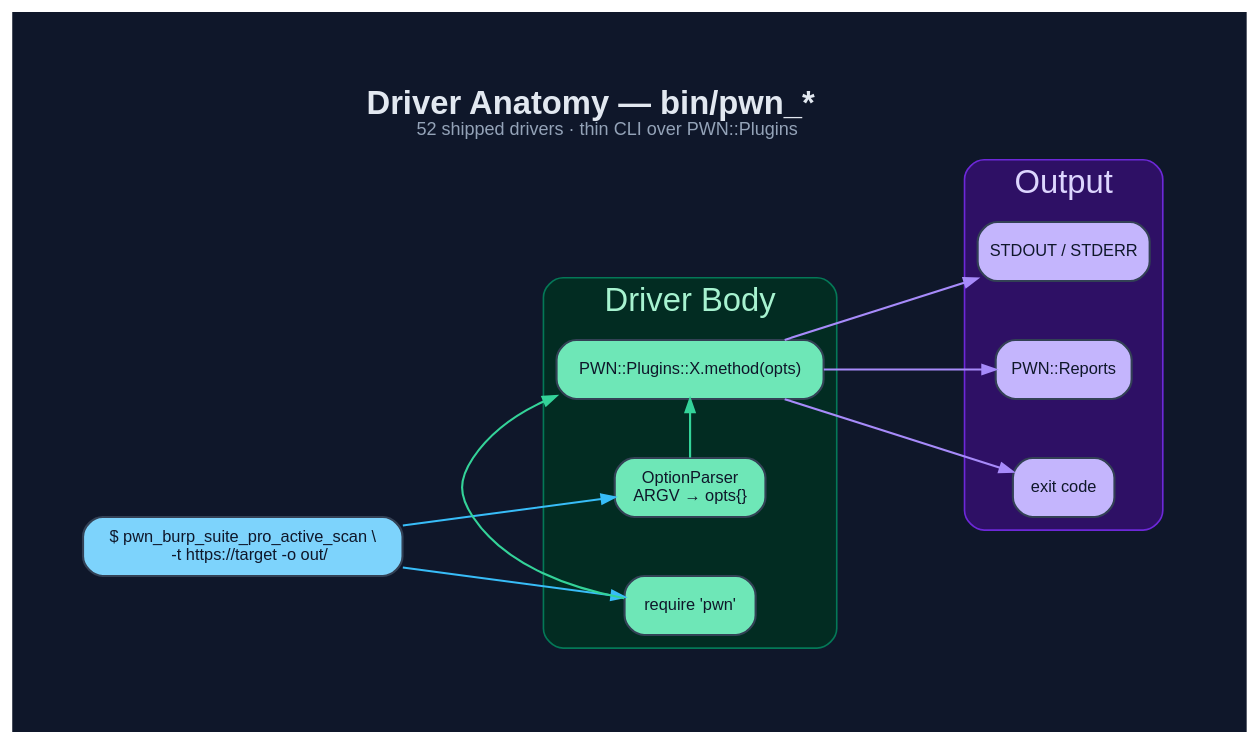
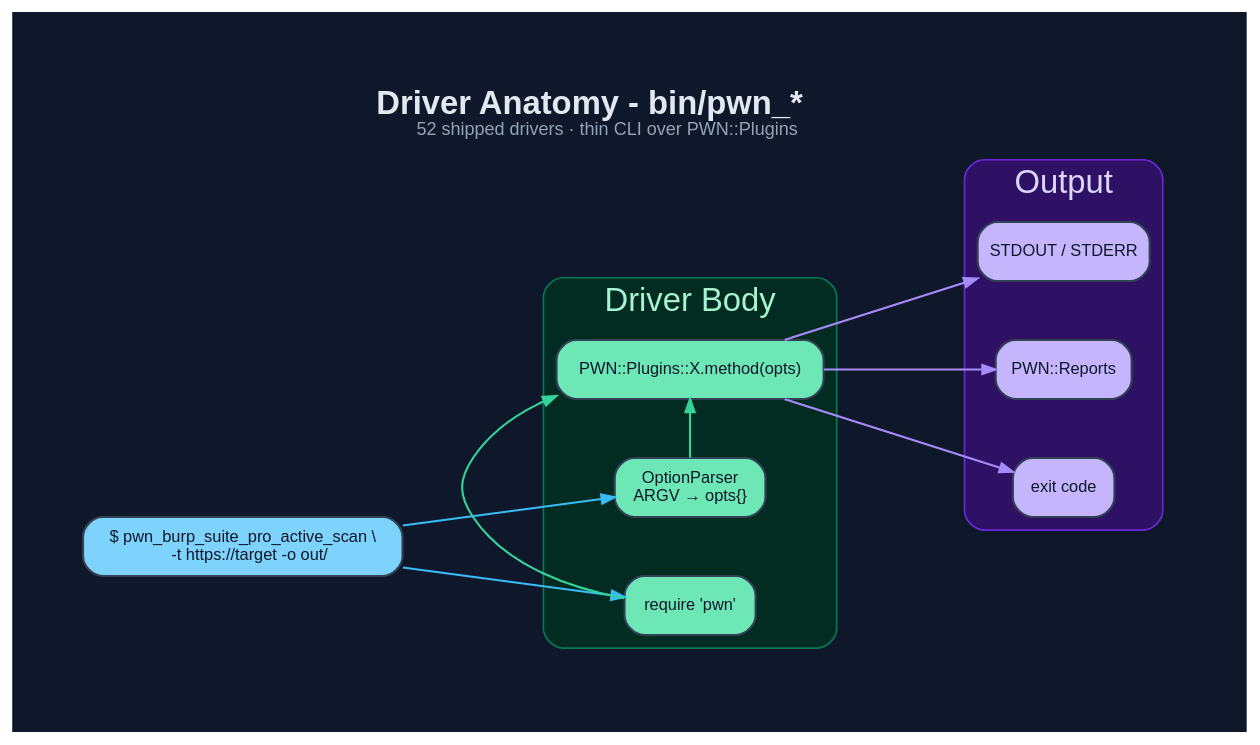
Before and after one commit to 0dayInc/pwn: the diagram in documentation/diagrams/dot/driver-framework.dot, drawn with Graphviz. The commit also changed 94 other files, not shown here.

```diff
--- a/documentation/diagrams/dot/driver-framework.dot
+++ b/documentation/diagrams/dot/driver-framework.dot
@@ -1,39 +1,39 @@
 digraph "PWN_Driver" {
   graph [
-    label=<<B>Driver Anatomy — bin/pwn_*</B><BR/><FONT POINT-SIZE="11" COLOR="#94a3b8">52 shipped drivers · thin CLI over PWN::Plugins</FONT>>,
+    label=<<B>Driver Anatomy - bin/pwn_*</B><BR/><FONT POINT-SIZE="11" COLOR="#94a3b8">52 shipped drivers · thin CLI over PWN::Plugins</FONT>>,
     labelloc=t, fontsize=20, fontname="Helvetica",
     rankdir=LR, splines=spline, nodesep=0.5, ranksep=1.3,
     bgcolor="#0f172a", fontcolor="#e2e8f0", pad=0.6, newrank=true
   ];
   node [fontname="Helvetica", fontsize=10, style="filled,rounded",
         shape=box, penwidth=1.3, color="#334155", fontcolor="#0f172a"];
   edge [fontname="Helvetica", fontsize=9, color="#94a3b8",
         fontcolor="#cbd5e1", penwidth=1.3, arrowsize=0.8];
 
   Sh [label="$ pwn_burp_suite_pro_active_scan \\ \n    -t https://target -o out/", fillcolor="#7dd3fc"];
 
   subgraph cluster_d {
     label="Driver Body"; fontcolor="#a7f3d0"; style=rounded;
     color="#047857"; bgcolor="#022c22";
     Opt  [label="OptionParser\nARGV → opts{}", fillcolor="#6ee7b7"];
     Req  [label="require 'pwn'",               fillcolor="#6ee7b7"];
     Call [label="PWN::Plugins::X.method(opts)", fillcolor="#6ee7b7"];
   }
   {rank=same; Opt; Req; Call}
 
   subgraph cluster_o {
     label="Output"; fontcolor="#ddd6fe"; style=rounded;
     color="#6d28d9"; bgcolor="#2e1065";
     Std [label="STDOUT / STDERR", fillcolor="#c4b5fd"];
     Rep [label="PWN::Reports",    fillcolor="#c4b5fd"];
     Ex  [label="exit code",       fillcolor="#c4b5fd"];
   }
 
   Sh -> Opt [color="#38bdf8"];
   Sh -> Req [color="#38bdf8"];
   Opt -> Call [color="#34d399"];
   Req -> Call [color="#34d399"];
   Call -> Std [color="#a78bfa"];
   Call -> Rep [color="#a78bfa"];
   Call -> Ex  [color="#a78bfa"];
 }
```
